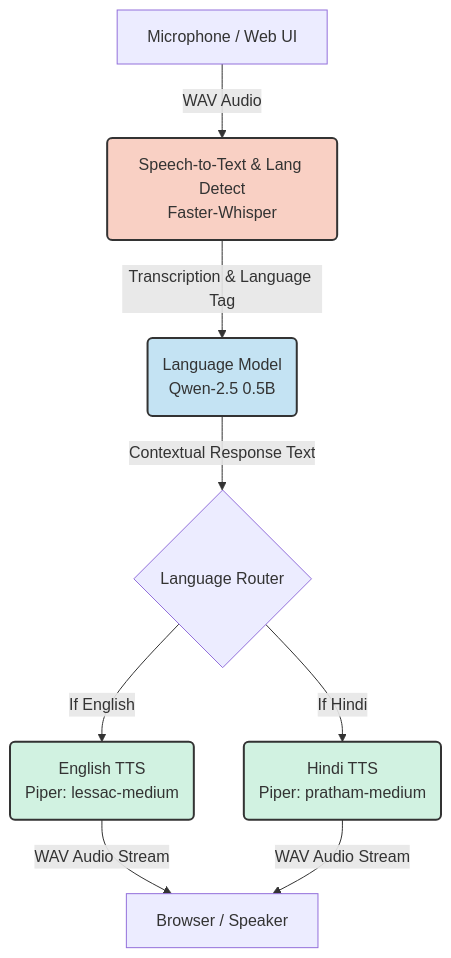
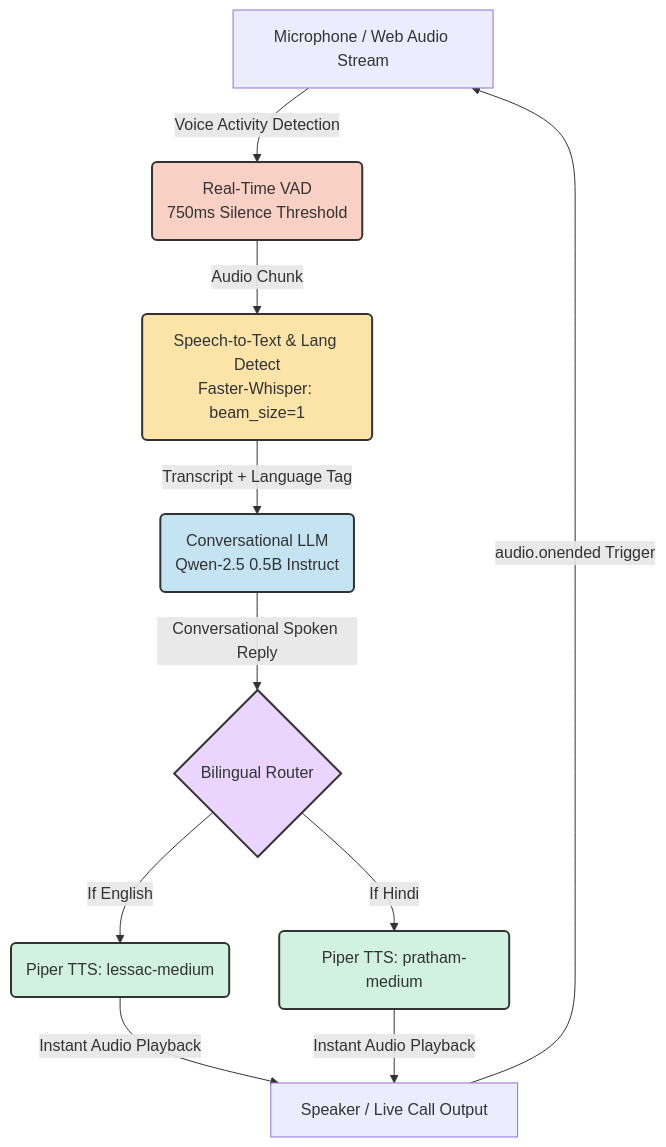
Before and after one commit to dhruvt293/Aura-Voice-Assistant-Trikon-: the diagram in README.md, drawn with Mermaid. The commit also changed other lines of this file and 10 other files, not shown here.

Commit message:
feat: upgrade to real-time continuous live call, sub-second latency optimizations, and bilingual VAD

````diff
--- a/README.md
+++ b/README.md
@@ -29,17 +33,21 @@
 ```mermaid
 graph TD
-    A[Microphone / Web UI] -->|WAV Audio| B(Speech-to-Text & Lang Detect\nFaster-Whisper)
-    B -->|Transcription & Language Tag| C(Language Model\nQwen-2.5 0.5B)
-    C -->|Contextual Response Text| D{Language Router}
+    A[Microphone / Web Audio Stream] -->|Voice Activity Detection| B(Real-Time VAD\n750ms Silence Threshold)
+    B -->|Audio Chunk| C(Speech-to-Text & Lang Detect\nFaster-Whisper: beam_size=1)
+    C -->|Transcript + Language Tag| D(Conversational LLM\nQwen-2.5 0.5B Instruct)
+    D -->|Conversational Spoken Reply| E{Bilingual Router}
     
-    D -->|If English| E(English TTS\nPiper: lessac-medium)
-    D -->|If Hindi| F(Hindi TTS\nPiper: pratham-medium)
+    E -->|If English| F(Piper TTS: lessac-medium)
+    E -->|If Hindi| G(Piper TTS: pratham-medium)
     
-    E -->|WAV Audio Stream| G[Browser / Speaker]
-    F -->|WAV Audio Stream| G
+    F -->|Instant Audio Playback| H[Speaker / Live Call Output]
+    G -->|Instant Audio Playback| H
+    H -->|audio.onended Trigger| A
     
     style B fill:#f9d0c4,stroke:#333,stroke-width:2px
-    style C fill:#c4e3f3,stroke:#333,stroke-width:2px
-    style E fill:#d1f2e1,stroke:#333,stroke-width:2px
+    style C fill:#fce4a8,stroke:#333,stroke-width:2px
+    style D fill:#c4e3f3,stroke:#333,stroke-width:2px
+    style E fill:#e9d5ff,stroke:#333,stroke-width:2px
     style F fill:#d1f2e1,stroke:#333,stroke-width:2px
+    style G fill:#d1f2e1,stroke:#333,stroke-width:2px
 ```
````
